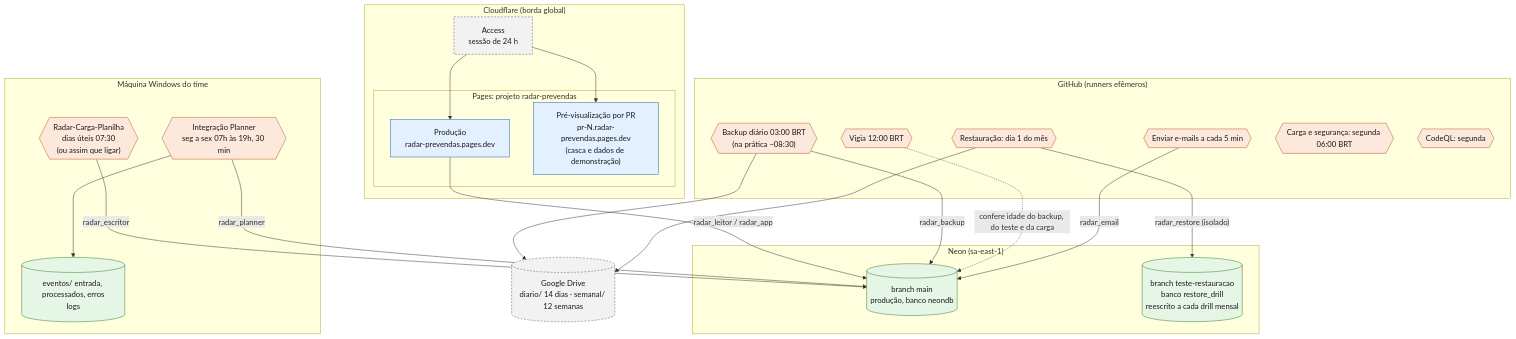
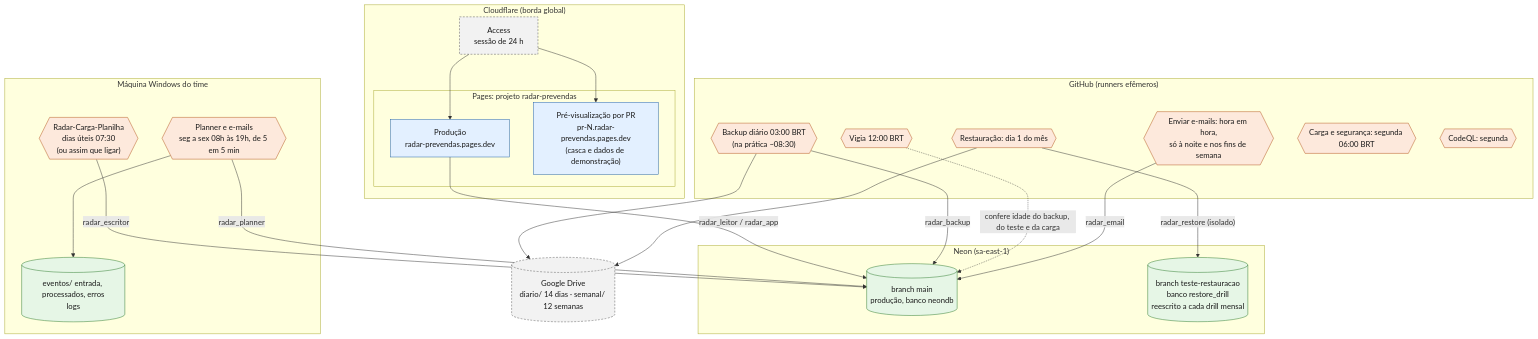
One commit to agentanalisedegoverno-svg/dashboard-metrics-team changed the fourth of 22 diagrams in docs/DIAGRAMAS.md. Above: the diagram before and after it, drawn with Mermaid. The commit also changed other lines of this file and 15 other files, not shown here.

````diff
--- a/docs/DIAGRAMAS.md
+++ b/docs/DIAGRAMAS.md
@@ -154,50 +156,50 @@
 ```mermaid
 flowchart TB
   classDef interno fill:#e3f0ff,stroke:#1f5fa8,color:#1a1a1a
   classDef dados fill:#e6f6e6,stroke:#2d7a2d,color:#1a1a1a
   classDef agenda fill:#fde9dc,stroke:#b4561d,color:#1a1a1a
   classDef externo fill:#f2f2f2,stroke:#555555,stroke-dasharray:4 3,color:#1a1a1a
 
   subgraph edge["Cloudflare (borda global)"]
     ACCESS["Access<br/>sessão de 24 h"]:::externo
     subgraph pages["Pages: projeto radar-prevendas"]
       PROD["Produção<br/>radar-prevendas.pages.dev"]:::interno
       PRV["Pré-visualização por PR<br/>pr-N.radar-prevendas.pages.dev<br/>(casca e dados de demonstração)"]:::interno
     end
   end
 
   subgraph nn["Neon (sa-east-1)"]
     MAIN[("branch main<br/>produção, banco neondb")]:::dados
     TESTE[("branch teste-restauracao<br/>banco restore_drill<br/>reescrito a cada drill mensal")]:::dados
   end
 
   subgraph ghr["GitHub (runners efêmeros)"]
     S1{{"Backup diário 03:00 BRT<br/>(na prática ~08:30)"}}:::agenda
     S2{{"Vigia 12:00 BRT"}}:::agenda
-    S3{{"Enviar e-mails a cada 5 min"}}:::agenda
+    S3{{"Enviar e-mails: hora em hora,<br/>só à noite e nos fins de semana"}}:::agenda
     S4{{"Restauração: dia 1 do mês"}}:::agenda
     S5{{"Carga e segurança: segunda 06:00 BRT"}}:::agenda
     S6{{"CodeQL: segunda"}}:::agenda
   end
 
   subgraph pc["Máquina Windows do time"]
     T1{{"Radar-Carga-Planilha<br/>dias úteis 07:30<br/>(ou assim que ligar)"}}:::agenda
-    T2{{"Integração Planner<br/>seg a sex 07h às 19h, 30 min"}}:::agenda
+    T2{{"Planner e e-mails<br/>seg a sex 08h às 19h, de 5 em 5 min"}}:::agenda
     FS[("eventos/ entrada, processados, erros<br/>logs")]:::dados
   end
 
   DRIVE[("Google Drive<br/>diario/ 14 dias · semanal/ 12 semanas")]:::externo
 
   ACCESS --> PROD
   ACCESS --> PRV
   PROD -->|"radar_leitor / radar_app"| MAIN
   S1 -->|"radar_backup"| MAIN
   S1 --> DRIVE
   S4 --> DRIVE
   S4 -->|"radar_restore (isolado)"| TESTE
   S2 -.->|"confere idade do backup, do teste e da carga"| MAIN
   S3 -->|"radar_email"| MAIN
   T1 -->|"radar_escritor"| MAIN
   T2 -->|"radar_planner"| MAIN
   T2 --> FS
 ```
````
